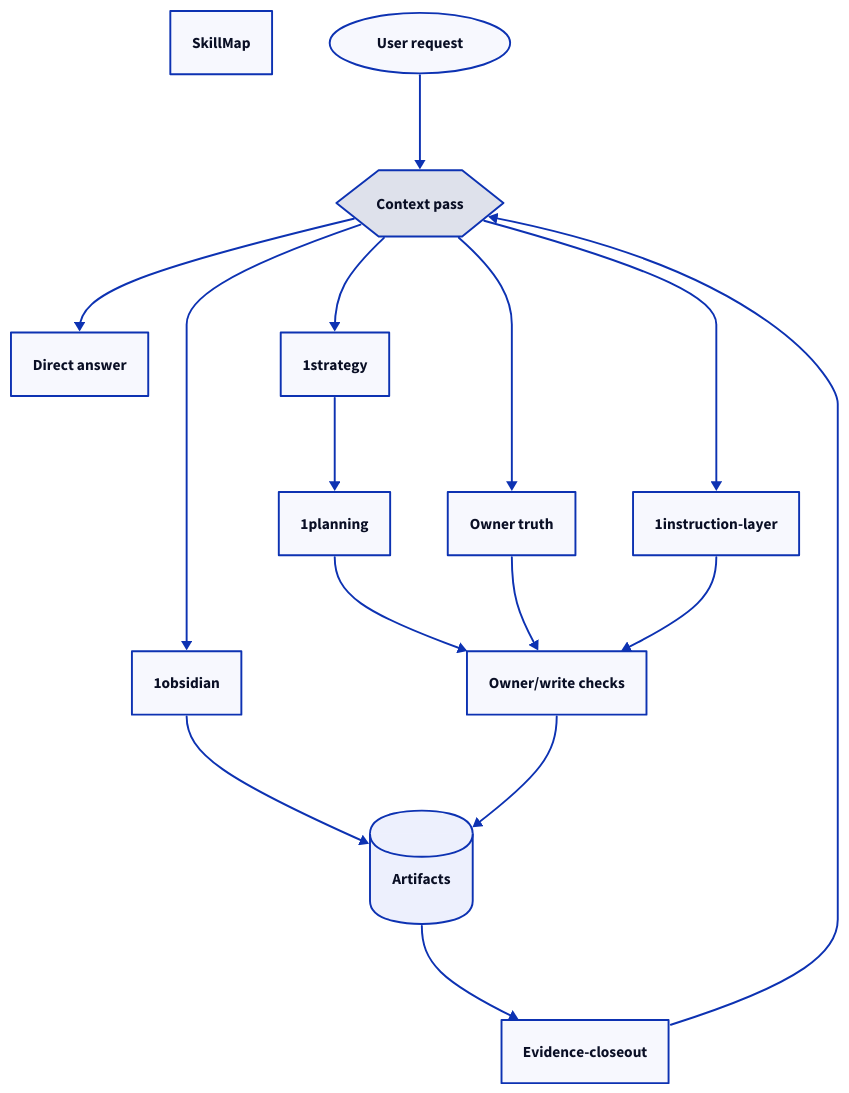
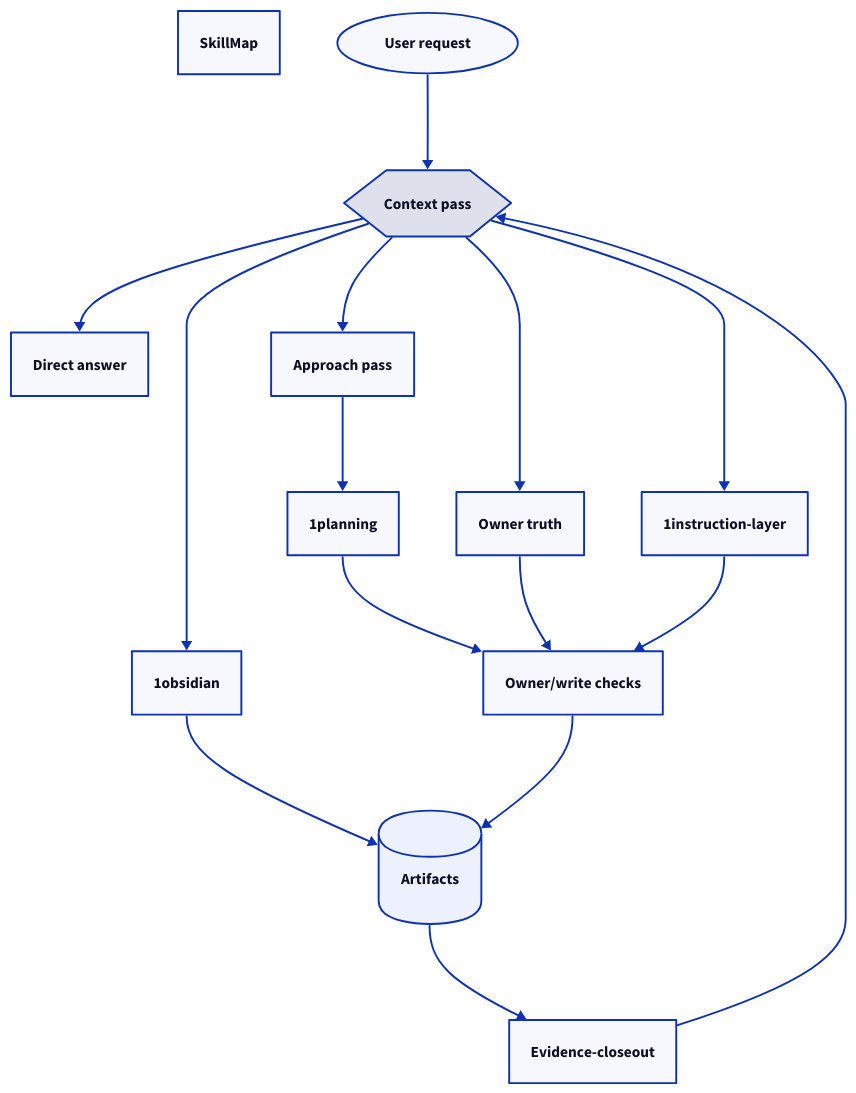
The diagram in experiments/obsidian-beauty-lab/data/skillmap.d2 (triton2030/agentic-research), drawn with D2 before and after one commit. The commit also changed 13 other files, not shown here.

Commit message:
Retire project graph and retarget goal ownership

```diff
--- a/experiments/obsidian-beauty-lab/data/skillmap.d2
+++ b/experiments/obsidian-beauty-lab/data/skillmap.d2
@@ -1,41 +1,41 @@
 title: SkillMap
 
 direction: down
 
 "User request": {
   shape: oval
 }
 
 "Context pass": {
   shape: hexagon
 }
 
 "Direct answer"
-"1strategy"
+"Approach pass"
 "1planning"
 "Owner truth"
 "1instruction-layer"
 "1obsidian"
 "Owner/write checks"
 "Artifacts": {
   shape: cylinder
 }
 "Evidence-closeout"
 
 "User request" -> "Context pass"
 "Context pass" -> "Direct answer"
-"Context pass" -> "1strategy"
+"Context pass" -> "Approach pass"
 "Context pass" -> "Owner truth"
 "Context pass" -> "1instruction-layer"
 "Context pass" -> "1obsidian"
 
-"1strategy" -> "1planning"
+"Approach pass" -> "1planning"
 "1planning" -> "Owner/write checks"
 
 "Owner truth" -> "Owner/write checks"
 "1instruction-layer" -> "Owner/write checks"
 "1obsidian" -> "Artifacts"
 
 "Owner/write checks" -> "Artifacts"
 "Artifacts" -> "Evidence-closeout"
 "Evidence-closeout" -> "Context pass"
```
